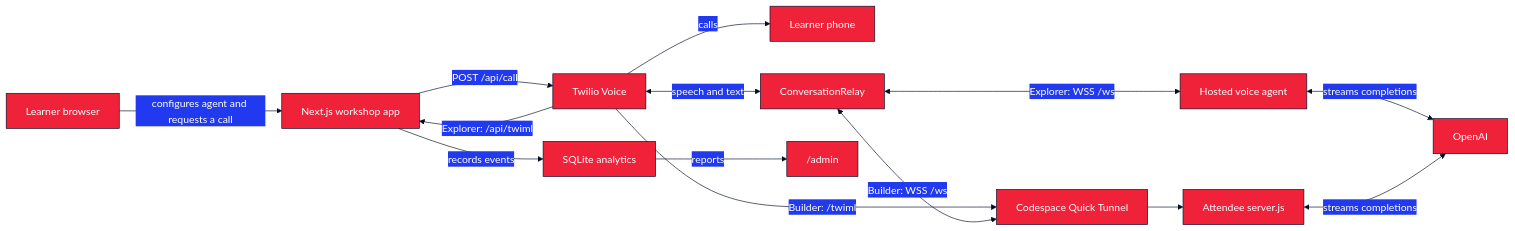
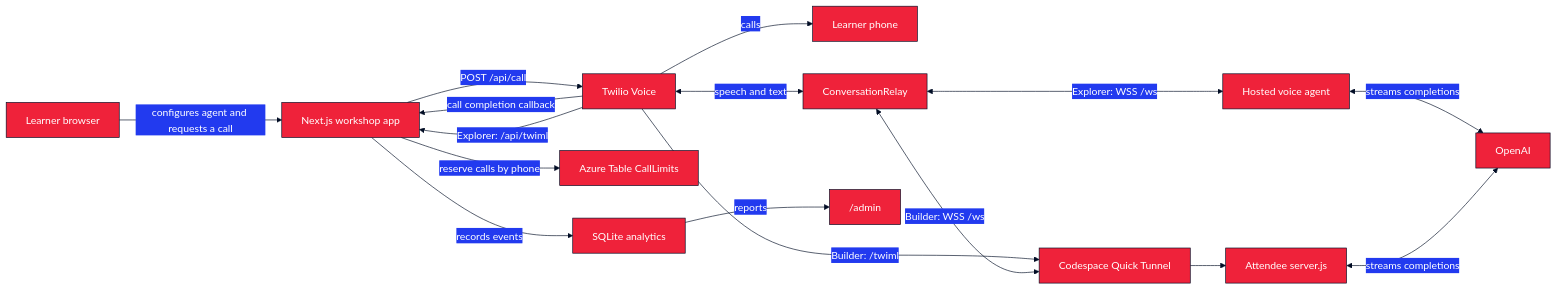
Before and after one commit to anthonyplusAI/twilio-voice-ai: the diagram in README.md, drawn with Mermaid. The commit also changed other lines of this file and 37 other files, not shown here.

````diff
--- a/README.md
+++ b/README.md
@@ -177,17 +186,19 @@
 ```mermaid
 %%{init: {'theme':'base','themeVariables':{'primaryColor':'#EF223A','primaryTextColor':'#FFFFFF','primaryBorderColor':'#000D25','lineColor':'#000D25','fontFamily':'Inter, system-ui, sans-serif'}}}%%
 flowchart LR
   Learner["Learner browser"] -->|configures agent and requests a call| App["Next.js workshop app"]
   App -->|POST /api/call| Voice["Twilio Voice"]
+  App -->|reserve calls by phone| Limits["Azure Table CallLimits"]
   Voice -->|calls| Phone["Learner phone"]
+  Voice -->|call completion callback| App
   Voice -->|Explorer: /api/twiml| App
   Voice -->|Builder: /twiml| Tunnel["Codespace Quick Tunnel"]
   Voice <-->|speech and text| Relay["ConversationRelay"]
   Relay <-->|Explorer: WSS /ws| Agent["Hosted voice agent"]
   Relay <-->|Builder: WSS /ws| Tunnel
   Tunnel --> Builder["Attendee server.js"]
   Agent <-->|streams completions| OpenAI["OpenAI"]
   Builder <-->|streams completions| OpenAI
   App -->|records events| SQLite["SQLite analytics"]
   SQLite -->|reports| Admin["/admin"]
 ```
````
